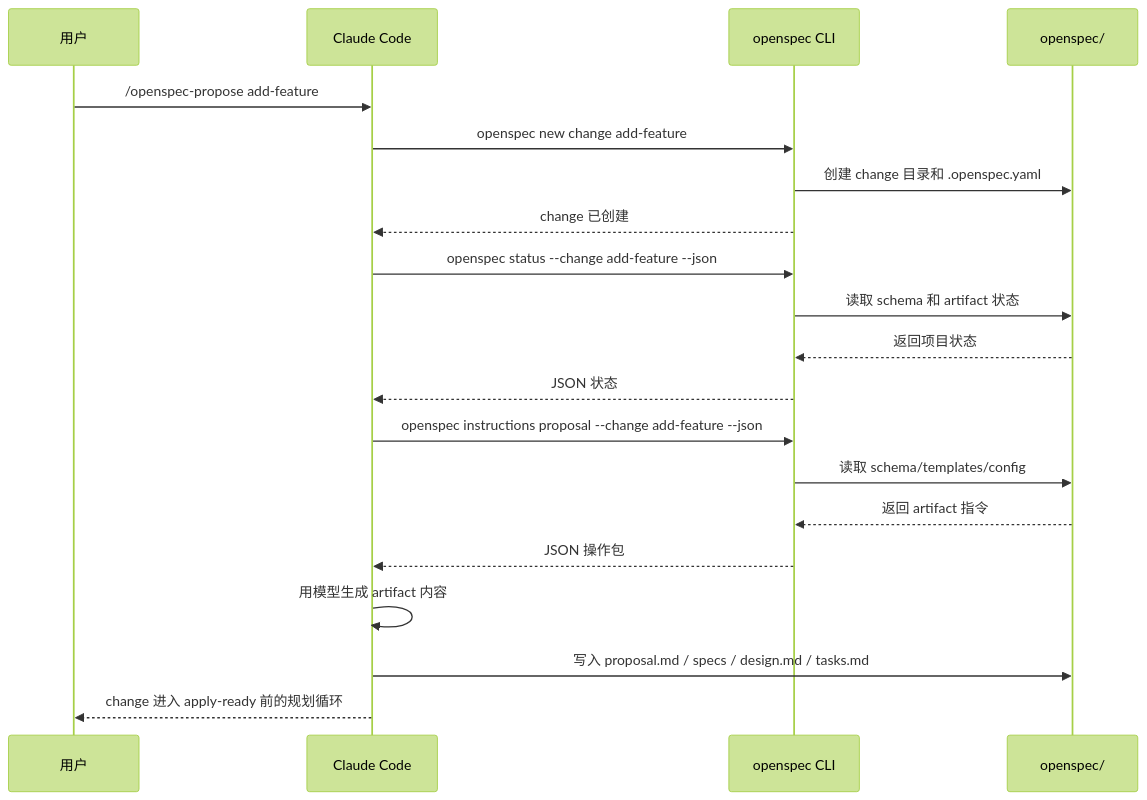
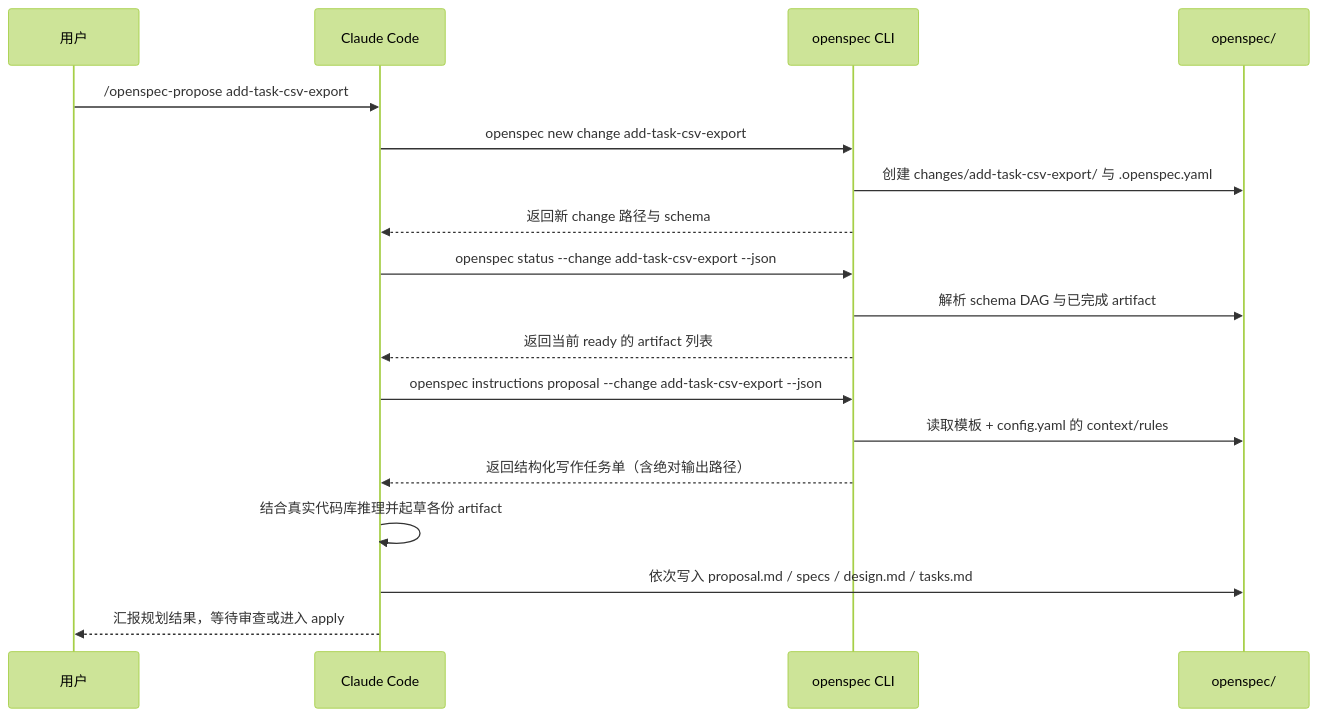
One commit to ethan-jiang-3/OpenSpec changed the second of 2 diagrams in _openspec_handbook/50-实战-claude-code-里的-openspec-到底怎么落地.md. Above: the diagram before and after it, drawn with Mermaid (forest theme). The commit also changed other lines of this file and 190 other files, not shown here.

````diff
--- a/_openspec_handbook/50-实战-claude-code-里的-openspec-到底怎么落地.md
+++ b/_openspec_handbook/50-实战-claude-code-里的-openspec-到底怎么落地.md
@@ -199,26 +234,24 @@
 ```mermaid
 sequenceDiagram
     participant User as 用户
     participant Claude as Claude Code
     participant CLI as openspec CLI
     participant Files as openspec/
 
-    User->>Claude: /openspec-propose add-feature
-    Claude->>CLI: openspec new change add-feature
-    CLI->>Files: 创建 change 目录和 .openspec.yaml
-    CLI-->>Claude: change 已创建
+    User->>Claude: /openspec-propose add-task-csv-export
+    Claude->>CLI: openspec new change add-task-csv-export
+    CLI->>Files: 创建 changes/add-task-csv-export/ 与 .openspec.yaml
+    CLI-->>Claude: 返回新 change 路径与 schema
 
-    Claude->>CLI: openspec status --change add-feature --json
-    CLI->>Files: 读取 schema 和 artifact 状态
-    Files-->>CLI: 返回项目状态
-    CLI-->>Claude: JSON 状态
+    Claude->>CLI: openspec status --change add-task-csv-export --json
+    CLI->>Files: 解析 schema DAG 与已完成 artifact
+    CLI-->>Claude: 返回当前 ready 的 artifact 列表
 
-    Claude->>CLI: openspec instructions proposal --change add-feature --json
-    CLI->>Files: 读取 schema/templates/config
-    Files-->>CLI: 返回 artifact 指令
-    CLI-->>Claude: JSON 操作包
+    Claude->>CLI: openspec instructions proposal --change add-task-csv-export --json
+    CLI->>Files: 读取模板 + config.yaml 的 context/rules
+    CLI-->>Claude: 返回结构化写作任务单（含绝对输出路径）
 
-    Claude->>Claude: 用模型生成 artifact 内容
-    Claude->>Files: 写入 proposal.md / specs / design.md / tasks.md
-    Claude-->>User: change 进入 apply-ready 前的规划循环
+    Claude->>Claude: 结合真实代码库推理并起草各份 artifact
+    Claude->>Files: 依次写入 proposal.md / specs / design.md / tasks.md
+    Claude-->>User: 汇报规划结果，等待审查或进入 apply
 ```
````
